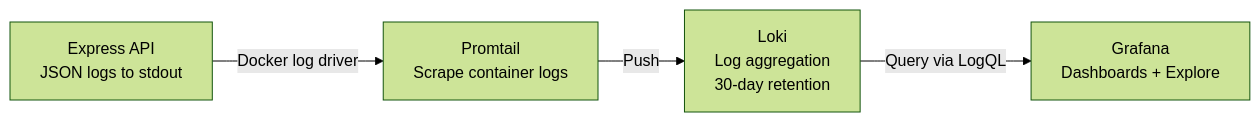
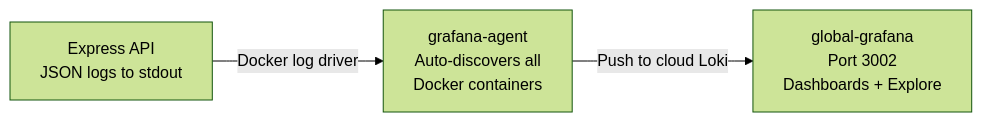
Before and after one commit to AvivElectis/electisSpace: the fifth of 6 diagrams in docs/wiki/Chapter-6-—-Infrastructure-&-Deployment.md, drawn with Mermaid (forest theme). The commit also changed other lines of this file and 10 other files, not shown here.

````diff
--- a/docs/wiki/Chapter-6-—-Infrastructure-&-Deployment.md
+++ b/docs/wiki/Chapter-6-—-Infrastructure-&-Deployment.md
@@ -171,6 +169,5 @@
 ```mermaid
 graph LR
-    SERVER[Express API<br/>JSON logs to stdout] -->|Docker log driver| PROMTAIL[Promtail<br/>Scrape container logs]
-    PROMTAIL -->|Push| LOKI[Loki<br/>Log aggregation<br/>30-day retention]
-    LOKI -->|Query via LogQL| GRAFANA[Grafana<br/>Dashboards + Explore]
+    SERVER[Express API<br/>JSON logs to stdout] -->|Docker log driver| AGENT[grafana-agent<br/>Auto-discovers all<br/>Docker containers]
+    AGENT -->|Push to cloud Loki| GRAFANA[global-grafana<br/>Port 3002<br/>Dashboards + Explore]
 ```
````
